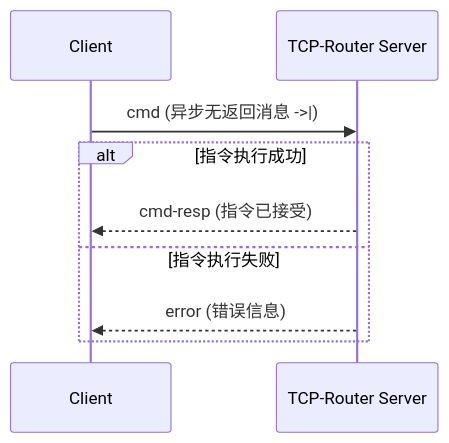
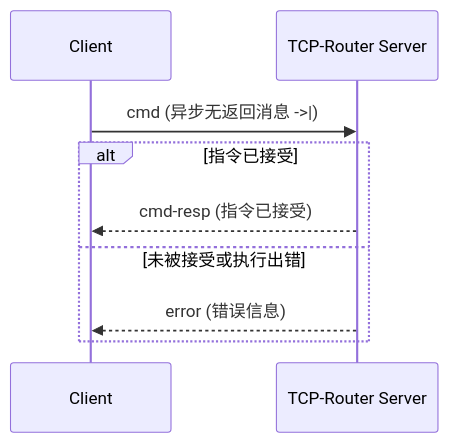
The third of 4 diagrams in .doc/Protocol.v0.(zh-cn).md (NEVSTOP-LAB/CSM-TCP-Router-App), drawn with Mermaid before and after one commit. The commit also changed other lines of this file, not shown here.

Commit message:
统一 error 包描述，修正异步无返回流程文字与图表一致性

````diff
--- a/.doc/Protocol.v0.(zh-cn).md
+++ b/.doc/Protocol.v0.(zh-cn).md
@@ -168,12 +168,12 @@
 ```mermaid
 sequenceDiagram
     participant C as Client
     participant S as TCP-Router Server
 
     C->>S: cmd (异步无返回消息 ->|)
-    alt 指令执行成功
+    alt 指令已接受
         S-->>C: cmd-resp (指令已接受)
-    else 指令执行失败
+    else 未被接受或执行出错
         S-->>C: error (错误信息)
     end
 ```
````
